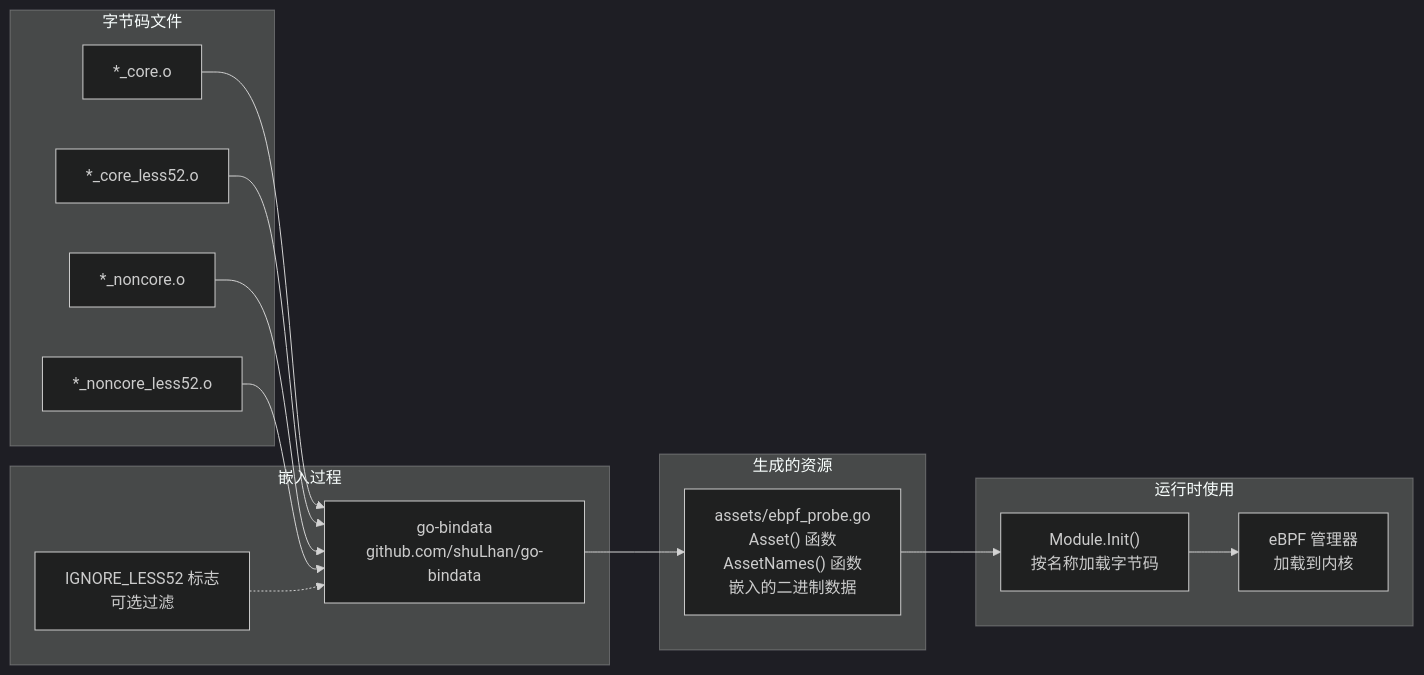
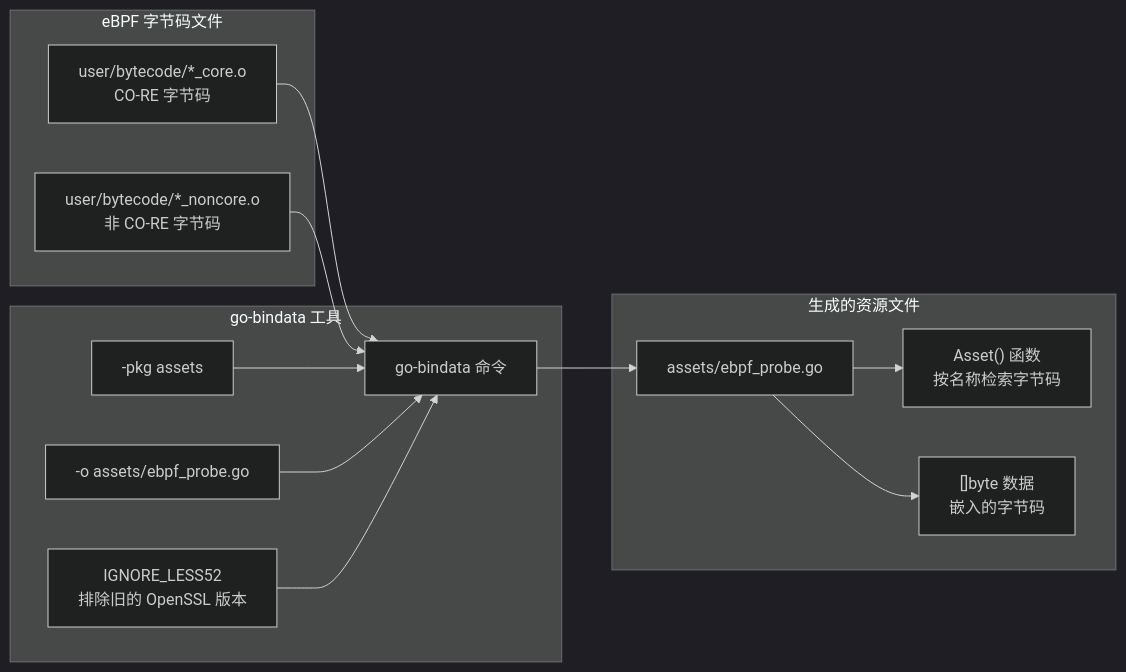
The fourth of 6 diagrams in src/zh/5-development-guide/5.1-build-system.md (gojue/ecapture.cc), drawn with Mermaid (dark theme) before and after one commit. The commit also changed other lines of this file and 115 other files, not shown here.

````diff
--- a/src/zh/5-development-guide/5.1-build-system.md
+++ b/src/zh/5-development-guide/5.1-build-system.md
@@ -289,34 +332,30 @@
 ```mermaid
 graph LR
-    subgraph "字节码文件"
-        CORE["*_core.o"]
-        CORE_L52["*_core_less52.o"]
-        NONCORE["*_noncore.o"]
-        NONCORE_L52["*_noncore_less52.o"]
+    subgraph "eBPF 字节码文件"
+        CORE_O["user/bytecode/*_core.o<br/>CO-RE 字节码"]
+        NONCORE_O["user/bytecode/*_noncore.o<br/>非 CO-RE 字节码"]
     end
     
-    subgraph "嵌入过程"
-        BINDATA["go-bindata<br/>github.com/shuLhan/go-bindata"]
-        IGNORE["IGNORE_LESS52 标志<br/>可选过滤"]
+    subgraph "go-bindata 工具"
+        BINDATA["go-bindata 命令"]
+        PKG_FLAG["-pkg assets"]
+        OUTPUT_FLAG["-o assets/ebpf_probe.go"]
+        IGNORE["IGNORE_LESS52<br/>排除旧的 OpenSSL 版本"]
     end
     
-    subgraph "生成的资源"
-        PROBE_GO["assets/ebpf_probe.go<br/>Asset() 函数<br/>AssetNames() 函数<br/>嵌入的二进制数据"]
+    subgraph "生成的资源文件"
+        ASSET_GO["assets/ebpf_probe.go"]
+        ASSET_FUNC["Asset() 函数<br/>按名称检索字节码"]
+        BYTE_ARRAY["[]byte 数据<br/>嵌入的字节码"]
     end
     
-    subgraph "运行时使用"
-        MODULE["Module.Init()<br/>按名称加载字节码"]
-        LOADER["eBPF 管理器<br/>加载到内核"]
-    end
+    CORE_O --> BINDATA
+    NONCORE_O --> BINDATA
+    PKG_FLAG --> BINDATA
+    OUTPUT_FLAG --> BINDATA
+    IGNORE --> BINDATA
     
-    CORE --> BINDATA
-    CORE_L52 --> BINDATA
-    NONCORE --> BINDATA
-    NONCORE_L52 --> BINDATA
-    
-    IGNORE -.-> BINDATA
-    
-    BINDATA --> PROBE_GO
-    PROBE_GO --> MODULE
-    MODULE --> LOADER
+    BINDATA --> ASSET_GO
+    ASSET_GO --> ASSET_FUNC
+    ASSET_GO --> BYTE_ARRAY
 ```
````
